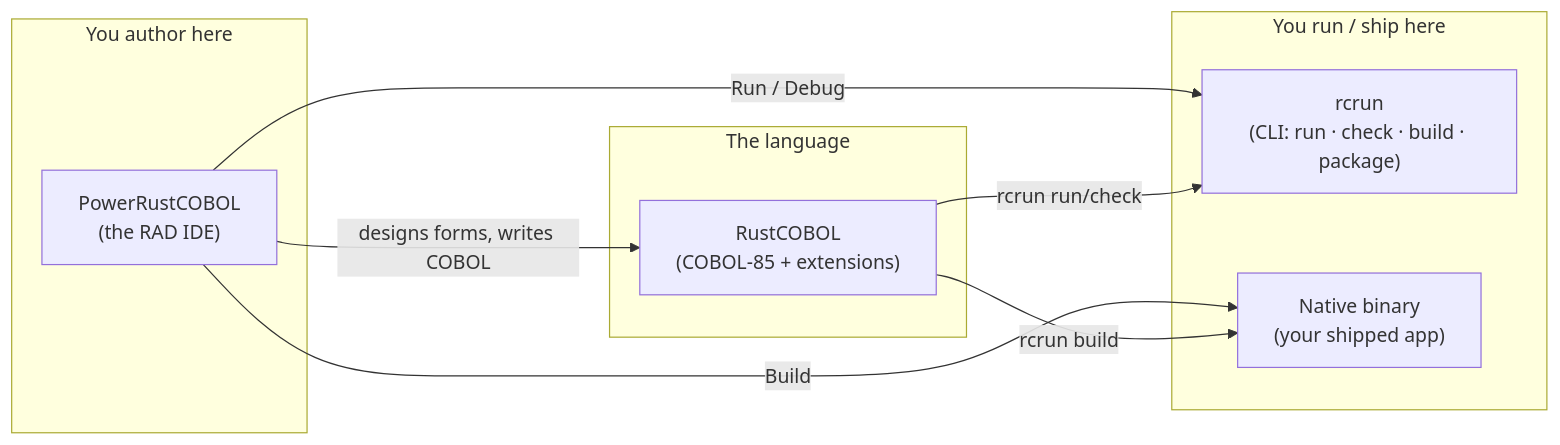
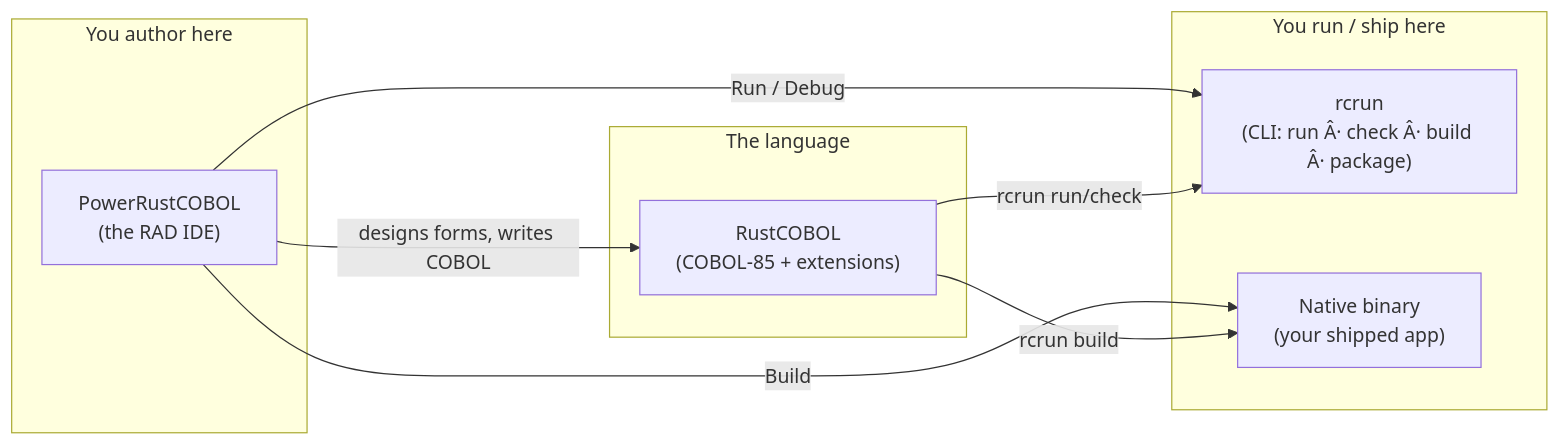
One commit to CloudLandBeta/PowerRustCOBOL changed the first of 8 diagrams in docs/developers-guide-en.md. Above: the diagram before and after it, drawn with Mermaid. The commit also changed other lines of this file and 4 other files, not shown here.

````diff
--- a/docs/developers-guide-en.md
+++ b/docs/developers-guide-en.md
@@ -101,19 +101,19 @@
 ```mermaid
 flowchart LR
     subgraph Author["You author here"]
         IDE["PowerRustCOBOL<br/>(the RAD IDE)"]
     end
     subgraph Lang["The language"]
         LANG["RustCOBOL<br/>(COBOL-85 + extensions)"]
     end
     subgraph Run["You run / ship here"]
-        CLI["rcrun<br/>(CLI: run · check · build · package)"]
+        CLI["rcrun<br/>(CLI: run Â· check Â· build Â· package)"]
         BIN["Native binary<br/>(your shipped app)"]
     end
 
     IDE -- "designs forms, writes COBOL" --> LANG
     IDE -- "Run / Debug" --> CLI
     IDE -- "Build" --> BIN
     LANG -- "rcrun run/check" --> CLI
     LANG -- "rcrun build" --> BIN
 ```
````
